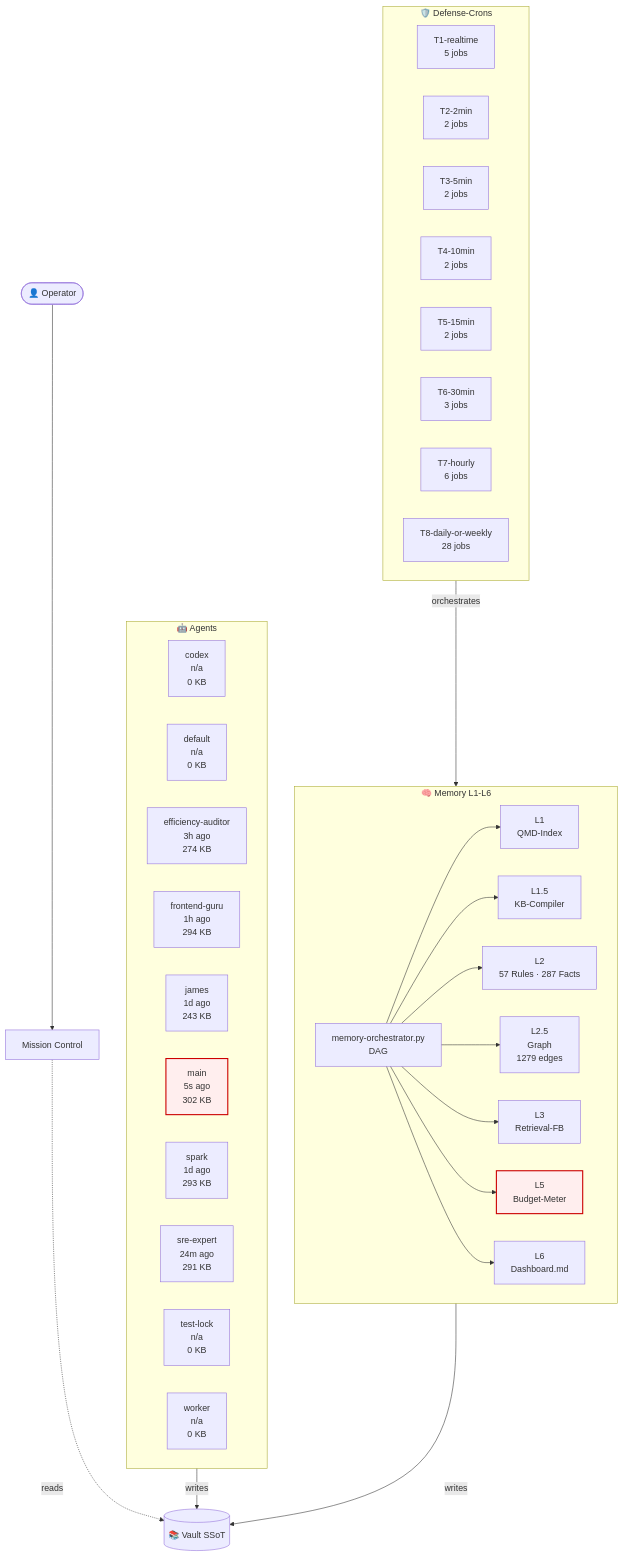
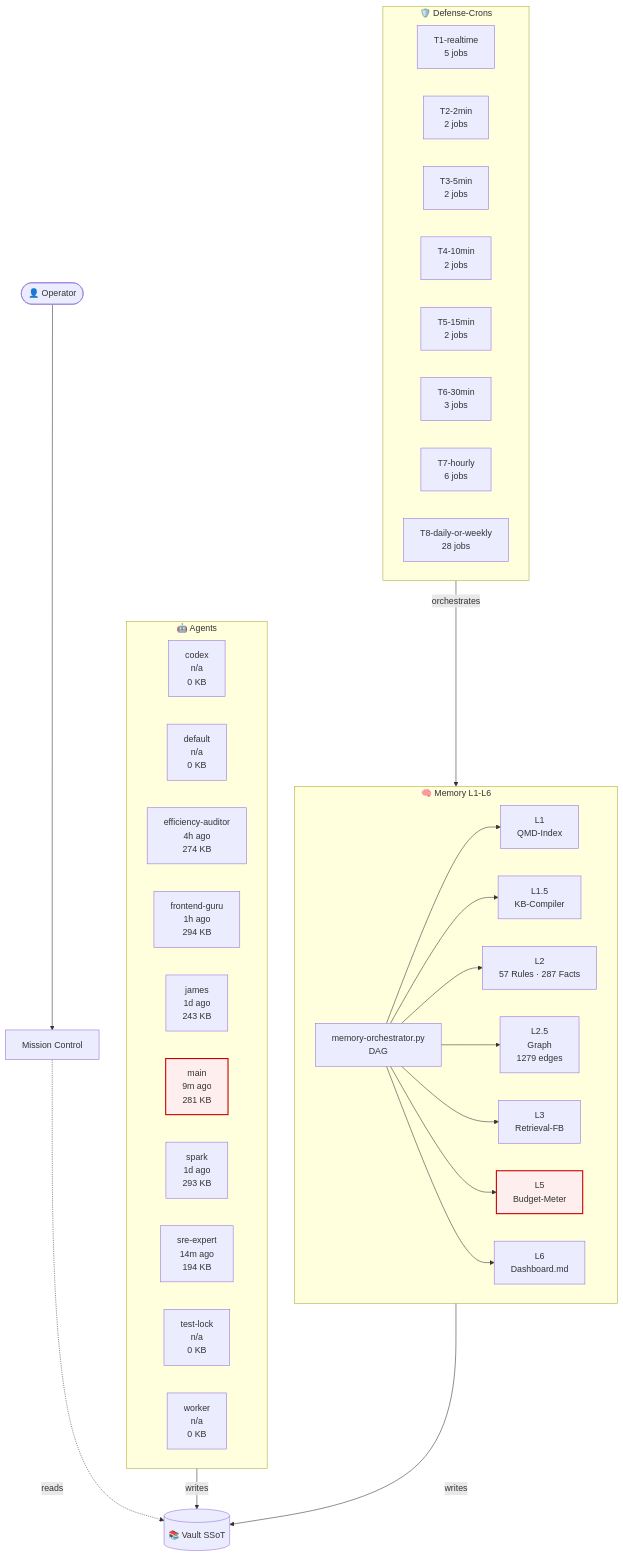
The diagram in 03-Agents/architecture-live.md (lenardhuebner88-rgb/openclaw-memory), drawn with Mermaid before and after one commit. The commit also changed other lines of this file and 4 other files, not shown here.

````diff
--- a/03-Agents/architecture-live.md
+++ b/03-Agents/architecture-live.md
@@ -18,53 +18,53 @@
 ```mermaid
 flowchart TB
     classDef critical fill:#fee,stroke:#c00,stroke-width:2px;
     subgraph AGT["🤖 Agents"]
         agent_codex["codex<br/>n/a<br/>0 KB"]
         agent_default["default<br/>n/a<br/>0 KB"]
-        agent_efficiency_auditor["efficiency-auditor<br/>3h ago<br/>274 KB"]
+        agent_efficiency_auditor["efficiency-auditor<br/>4h ago<br/>274 KB"]
         agent_frontend_guru["frontend-guru<br/>1h ago<br/>294 KB"]
         agent_james["james<br/>1d ago<br/>243 KB"]
-        agent_main["main<br/>5s ago<br/>302 KB"]
+        agent_main["main<br/>9m ago<br/>281 KB"]
         agent_spark["spark<br/>1d ago<br/>293 KB"]
-        agent_sre_expert["sre-expert<br/>24m ago<br/>291 KB"]
+        agent_sre_expert["sre-expert<br/>14m ago<br/>194 KB"]
         agent_test_lock["test-lock<br/>n/a<br/>0 KB"]
         agent_worker["worker<br/>n/a<br/>0 KB"]
     end
     subgraph MEM["🧠 Memory L1-L6"]
         L1["L1<br/>QMD-Index"]
         L15["L1.5<br/>KB-Compiler"]
         L2["L2<br/>57 Rules · 287 Facts"]
         L25["L2.5<br/>Graph<br/>1279 edges"]
         L3["L3<br/>Retrieval-FB"]
         L5["L5<br/>Budget-Meter"]
         L6["L6<br/>Dashboard.md"]
         ORCH["memory-orchestrator.py<br/>DAG"]
     end
     subgraph CRN["🛡️ Defense-Crons"]
         tier_T1_realtime["T1-realtime<br/>5 jobs"]
         tier_T2_2min["T2-2min<br/>2 jobs"]
         tier_T3_5min["T3-5min<br/>2 jobs"]
         tier_T4_10min["T4-10min<br/>2 jobs"]
         tier_T5_15min["T5-15min<br/>2 jobs"]
         tier_T6_30min["T6-30min<br/>3 jobs"]
         tier_T7_hourly["T7-hourly<br/>6 jobs"]
         tier_T8_daily_or_weekly["T8-daily-or-weekly<br/>28 jobs"]
     end
     VAULT[("📚 Vault SSoT")]
     OP([👤 Operator])
     MC["Mission Control"]
     OP --> MC
     MC -.reads.-> VAULT
     AGT -->|writes| VAULT
     MEM -->|writes| VAULT
     ORCH --> L1
     ORCH --> L15
     ORCH --> L2
     ORCH --> L25
     ORCH --> L3
     ORCH --> L5
     ORCH --> L6
     CRN -->|orchestrates| MEM
     class L5 critical
     class agent_main critical
 ```
````
